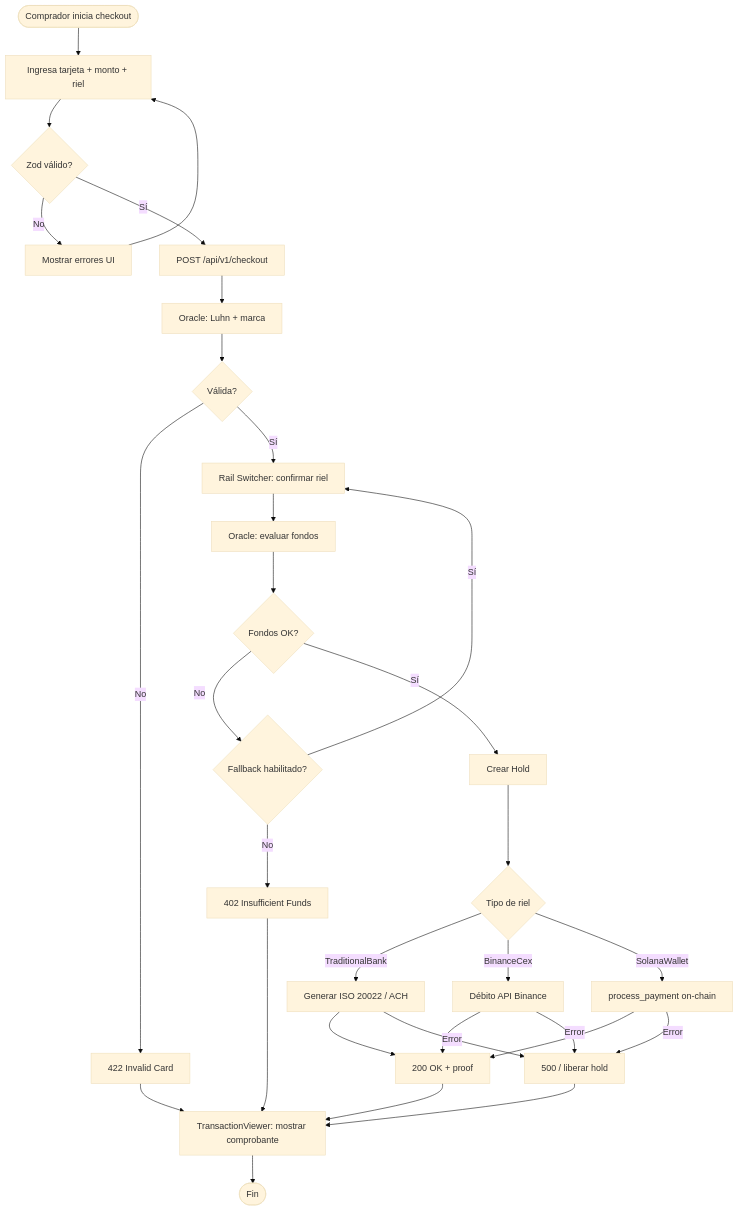
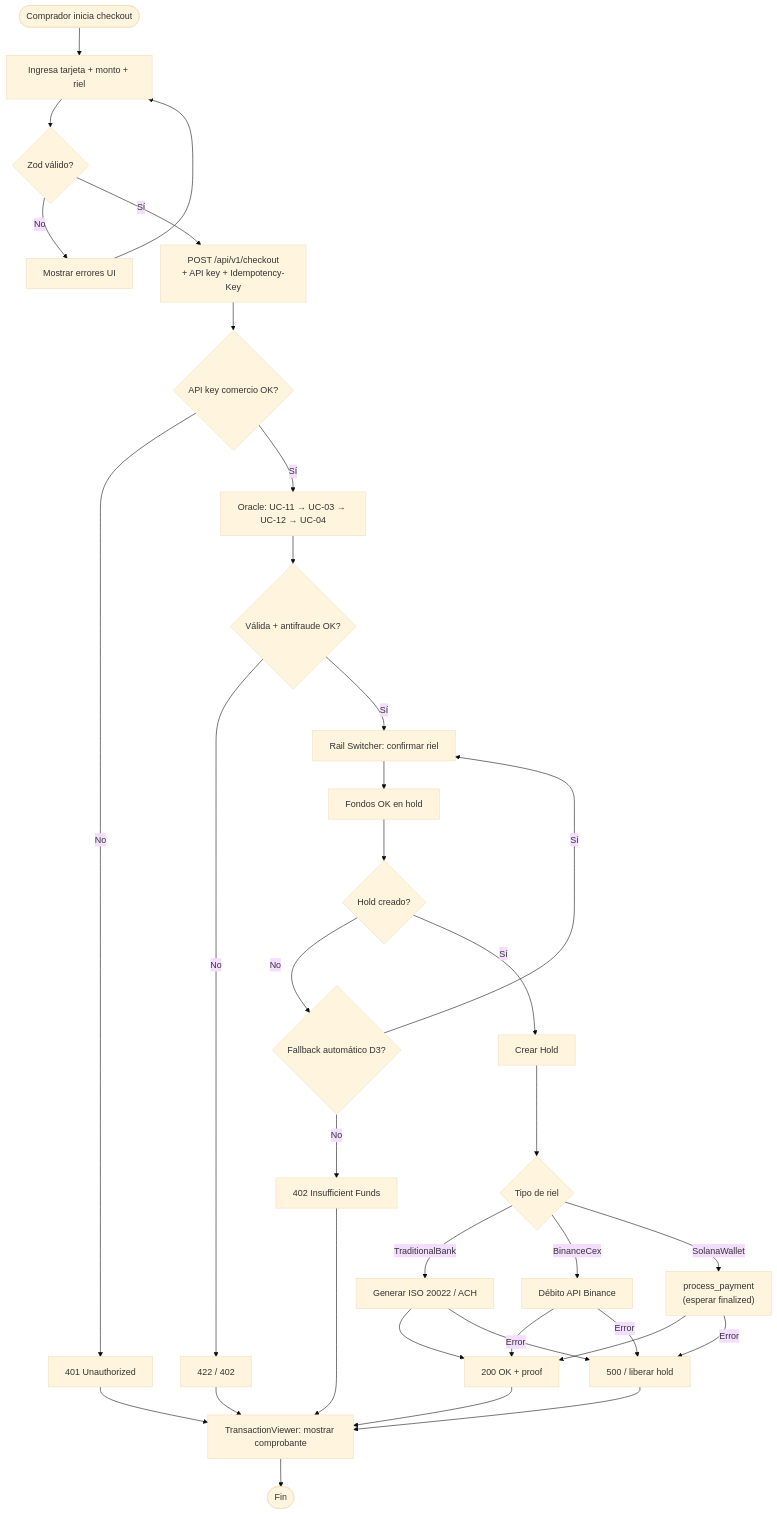
Before and after one commit to rastrahm/pasarela: the ninth of 17 diagrams in Doc/Casos-de-Uso-ER-Flujos.md, drawn with Mermaid (base theme). The commit also changed other lines of this file and 4 other files, not shown here.

````diff
--- a/Doc/Casos-de-Uso-ER-Flujos.md
+++ b/Doc/Casos-de-Uso-ER-Flujos.md
@@ -684,37 +748,40 @@
 ```mermaid
 flowchart TD
     Start([Comprador inicia checkout]) --> Input[Ingresa tarjeta + monto + riel]
     Input --> Zod{Zod válido?}
     Zod -->|No| ShowErr[Mostrar errores UI]
     ShowErr --> Input
-    Zod -->|Sí| Post[POST /api/v1/checkout]
-    Post --> Validate[Oracle: Luhn + marca]
-    Validate --> ValidOK{Válida?}
-    ValidOK -->|No| R422[422 Invalid Card]
+    Zod -->|Sí| Post["POST /api/v1/checkout\n+ API key + Idempotency-Key"]
+    Post --> AuthMerchant{API key comercio OK?}
+    AuthMerchant -->|No| R401[401 Unauthorized]
+    AuthMerchant -->|Sí| Validate[Oracle: UC-11 → UC-03 → UC-12 → UC-04]
+    Validate --> ValidOK{Válida + antifraude OK?}
+    ValidOK -->|No| R422[422 / 402]
     ValidOK -->|Sí| SelectRail[Rail Switcher: confirmar riel]
-    SelectRail --> EvalFunds[Oracle: evaluar fondos]
-    EvalFunds --> FundsOK{Fondos OK?}
-    FundsOK -->|No| Fallback{Fallback habilitado?}
+    SelectRail --> EvalFunds[Fondos OK en hold]
+    EvalFunds --> FundsOK{Hold creado?}
+    FundsOK -->|No| Fallback{Fallback automático D3?}
     Fallback -->|Sí| SelectRail
     Fallback -->|No| R402[402 Insufficient Funds]
     FundsOK -->|Sí| CreateHold[Crear Hold]
     CreateHold --> RailType{Tipo de riel}
 
     RailType -->|TraditionalBank| SettleBank[Generar ISO 20022 / ACH]
     RailType -->|BinanceCex| SettleBinance[Débito API Binance]
-    RailType -->|SolanaWallet| SettleSolana[process_payment on-chain]
+    RailType -->|SolanaWallet| SettleSolana["process_payment\n(esperar finalized)"]
 
     SettleBank --> Success[200 OK + proof]
     SettleBinance --> Success
     SettleSolana --> Success
 
     SettleBank -->|Error| Fail[500 / liberar hold]
     SettleBinance -->|Error| Fail
     SettleSolana -->|Error| Fail
 
     Success --> ShowLog[TransactionViewer: mostrar comprobante]
+    R401 --> ShowLog
     R422 --> ShowLog
     R402 --> ShowLog
     Fail --> ShowLog
     ShowLog --> End([Fin])
 ```
````
